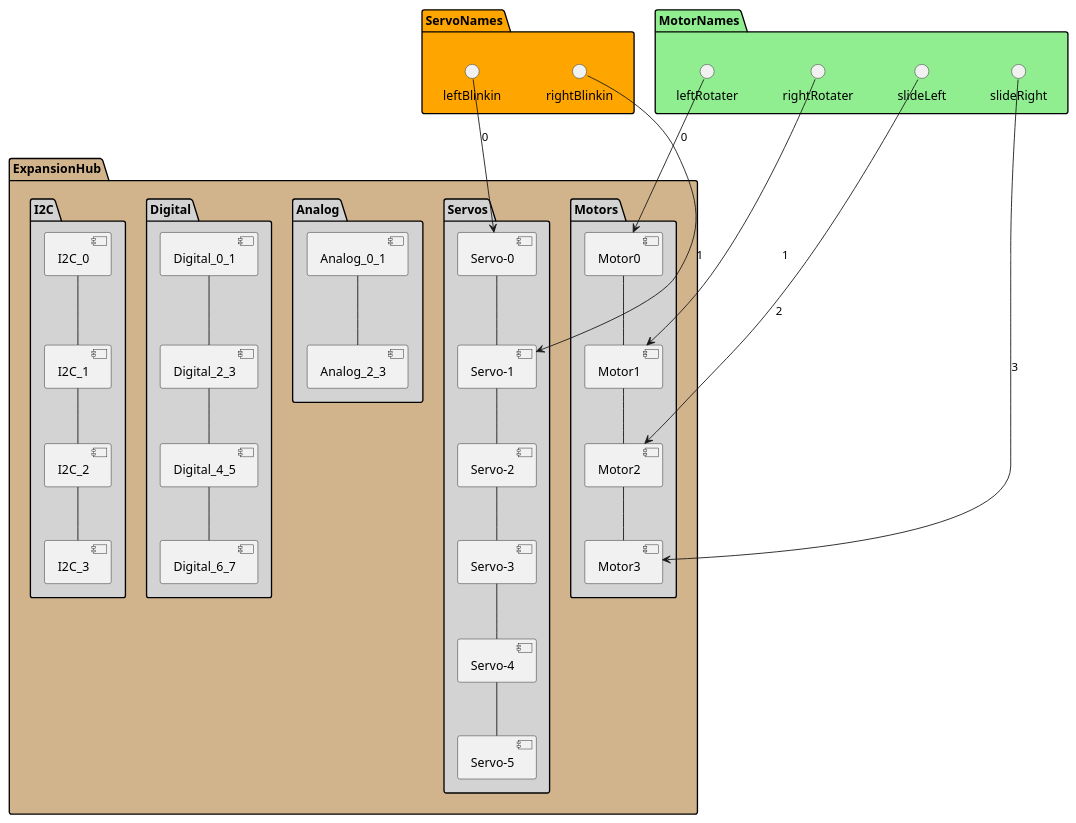
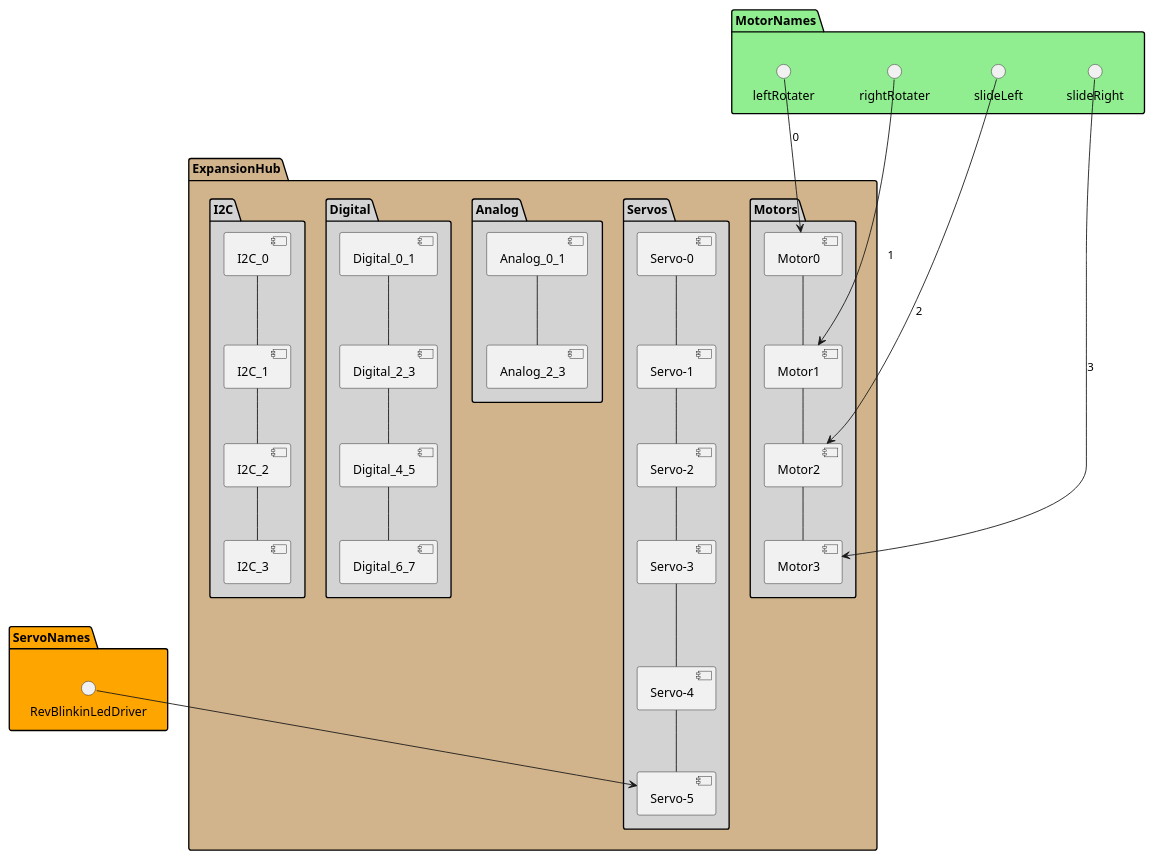
One commit to ShearForce-Software/ShearForce-Into-the-Deep-10.0 changed the diagram in TeamCode/src/main/java/org/firstinspires/ftc/teamcode/Geronimo/Diagrams/Configuration_ExpansionHub.puml. Above: the diagram before and after it, drawn with PlantUML. The commit also changed 3 other files, not shown here.

```diff
--- a/TeamCode/src/main/java/org/firstinspires/ftc/teamcode/Geronimo/Diagrams/Configuration_ExpansionHub.puml
+++ b/TeamCode/src/main/java/org/firstinspires/ftc/teamcode/Geronimo/Diagrams/Configuration_ExpansionHub.puml
@@ -1,49 +1,48 @@
 @startuml
 
 
 package ExpansionHub #Tan {
   package Motors #LightGrey {
     [Motor0] -- [Motor1]
     [Motor1] -- [Motor2]
     [Motor2] -- [Motor3]
   }
 
   package Servos #LightGrey {
    [Servo-0] -- [Servo-1]
    [Servo-1] -- [Servo-2]
    [Servo-2] -- [Servo-3]
    [Servo-3] -- [Servo-4]
    [Servo-4] -- [Servo-5]
   }
 
   package Analog #LightGrey {
    [Analog_0_1] -- [Analog_2_3]
   }
 
   package Digital #LightGrey {
    [Digital_0_1] -- [Digital_2_3]
    [Digital_2_3] -- [Digital_4_5]
    [Digital_4_5] -- [Digital_6_7]
   }
 
   package I2C #LightGrey {
    [I2C_0] -- [I2C_1]
    [I2C_1] -- [I2C_2]
    [I2C_2] -- [I2C_3]
 
   }
 }
 
 package ServoNames #Orange {
-  () "leftBlinkin" --> [Servo-0] : 0
-  () "rightBlinkin" --> [Servo-1] : 1
+  () "RevBlinkinLedDriver" --> [Servo-5]
 }
 package MotorNames #LightGreen {
   () "leftRotater" --> [Motor0] : 0
   () "rightRotater" --> [Motor1] : 1
   () "slideLeft" --> [Motor2] : 2
   () "slideRight" --> [Motor3] : 3
 }
 
 
 @enduml
```
